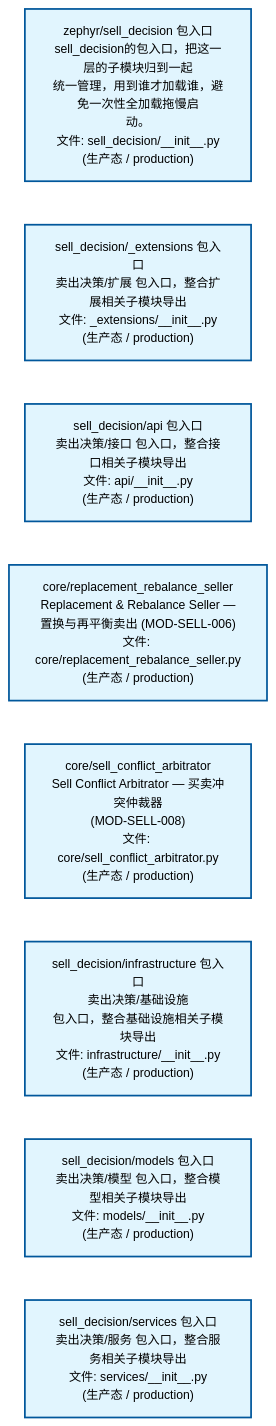
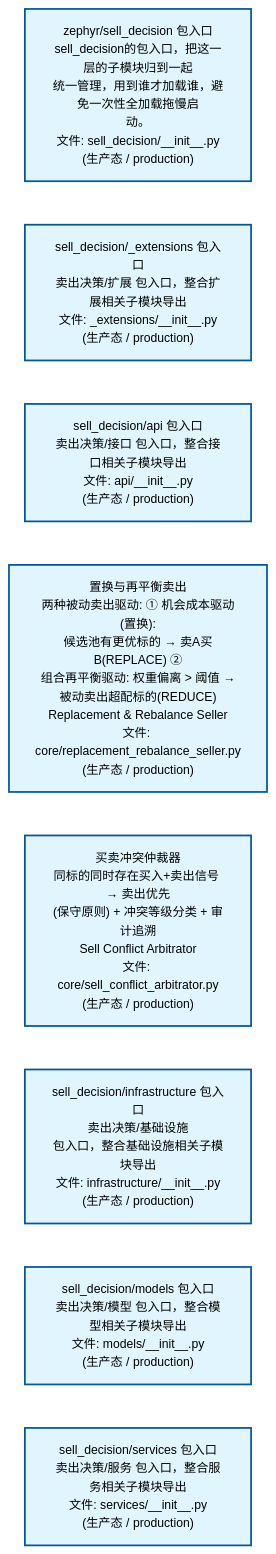
The second of 4 diagrams in docs/02_enterprise_architecture/02_domain_architecture_docs/67_d_sell_decision.md (xuanFelixVan/ZephyrAlpha), drawn with Mermaid before and after one commit. The commit also changed other lines of this file and 46 other files, not shown here.

````diff
--- a/docs/02_enterprise_architecture/02_domain_architecture_docs/67_d_sell_decision.md
+++ b/docs/02_enterprise_architecture/02_domain_architecture_docs/67_d_sell_decision.md
@@ -134,24 +134,24 @@
 ```mermaid
 %%{init: {'theme': 'base', 'themeVariables': {'primaryColor': '#eaeaea', 'primaryTextColor': '#333333', 'primaryBorderColor': '#666666', 'lineColor': '#666666', 'secondaryColor': '#eaeaea', 'tertiaryColor': '#eaeaea', 'fontSize': '14px'}}}%%
 flowchart TD
     src_zephyr_sell_decision_init_py["zephyr/sell_decision 包入口<br/>sell_decision的包入口，把这一层的子模块归到一起<br/>统一管理，用到谁才加载谁，避免一次性全加载拖慢启<br/>动。<br/>文件: sell_decision/__init__.py<br/>(生产态 / production)"]
     src_zephyr_sell_decision_extensions_init_py["sell_decision/_extensions 包入口<br/>卖出决策/扩展 包入口，整合扩展相关子模块导出<br/>文件: _extensions/__init__.py<br/>(生产态 / production)"]
     src_zephyr_sell_decision_api_init_py["sell_decision/api 包入口<br/>卖出决策/接口 包入口，整合接口相关子模块导出<br/>文件: api/__init__.py<br/>(生产态 / production)"]
-    src_zephyr_sell_decision_core_replacement_rebalance_seller_py["core/replacement_rebalance_seller<br/>Replacement & Rebalance Seller —<br/>置换与再平衡卖出 (MOD-SELL-006)<br/>文件: core/replacement_rebalance_seller.py<br/>(生产态 / production)"]
-    src_zephyr_sell_decision_core_sell_conflict_arbitrator_py["core/sell_conflict_arbitrator<br/>Sell Conflict Arbitrator — 买卖冲突仲裁器<br/>(MOD-SELL-008)<br/>文件: core/sell_conflict_arbitrator.py<br/>(生产态 / production)"]
+    src_zephyr_sell_decision_core_replacement_rebalance_seller_py["置换与再平衡卖出<br/>两种被动卖出驱动: ① 机会成本驱动(置换):<br/>候选池有更优标的 → 卖A买B(REPLACE) ②<br/>组合再平衡驱动: 权重偏离 > 阈值 →<br/>被动卖出超配标的(REDUCE)<br/>Replacement & Rebalance Seller<br/>文件: core/replacement_rebalance_seller.py<br/>(生产态 / production)"]
+    src_zephyr_sell_decision_core_sell_conflict_arbitrator_py["买卖冲突仲裁器<br/>同标的同时存在买入+卖出信号 → 卖出优先<br/>(保守原则) + 冲突等级分类 + 审计追溯<br/>Sell Conflict Arbitrator<br/>文件: core/sell_conflict_arbitrator.py<br/>(生产态 / production)"]
     src_zephyr_sell_decision_infrastructure_init_py["sell_decision/infrastructure 包入口<br/>卖出决策/基础设施<br/>包入口，整合基础设施相关子模块导出<br/>文件: infrastructure/__init__.py<br/>(生产态 / production)"]
     src_zephyr_sell_decision_models_init_py["sell_decision/models 包入口<br/>卖出决策/模型 包入口，整合模型相关子模块导出<br/>文件: models/__init__.py<br/>(生产态 / production)"]
     src_zephyr_sell_decision_services_init_py["sell_decision/services 包入口<br/>卖出决策/服务 包入口，整合服务相关子模块导出<br/>文件: services/__init__.py<br/>(生产态 / production)"]
     src_zephyr_sell_decision_init_py ~~~ src_zephyr_sell_decision_extensions_init_py
     src_zephyr_sell_decision_extensions_init_py ~~~ src_zephyr_sell_decision_api_init_py
     src_zephyr_sell_decision_api_init_py ~~~ src_zephyr_sell_decision_core_replacement_rebalance_seller_py
     src_zephyr_sell_decision_core_replacement_rebalance_seller_py ~~~ src_zephyr_sell_decision_core_sell_conflict_arbitrator_py
     src_zephyr_sell_decision_core_sell_conflict_arbitrator_py ~~~ src_zephyr_sell_decision_infrastructure_init_py
     src_zephyr_sell_decision_infrastructure_init_py ~~~ src_zephyr_sell_decision_models_init_py
     src_zephyr_sell_decision_models_init_py ~~~ src_zephyr_sell_decision_services_init_py
     classDef production fill:#e1f5fe,stroke:#01579b,stroke-width:2px,color:#000
     classDef design fill:#fff3e0,stroke:#e65100,stroke-width:2px,color:#000,stroke-dasharray: 5 5
     classDef external_prod fill:#e8f4fd,stroke:#0277bd,stroke-width:1px,color:#000
     classDef external_design fill:#fff8e7,stroke:#ef6c00,stroke-width:1px,color:#000,stroke-dasharray: 5 5
     class src_zephyr_sell_decision_init_py,src_zephyr_sell_decision_extensions_init_py,src_zephyr_sell_decision_api_init_py,src_zephyr_sell_decision_core_replacement_rebalance_seller_py,src_zephyr_sell_decision_core_sell_conflict_arbitrator_py,src_zephyr_sell_decision_infrastructure_init_py,src_zephyr_sell_decision_models_init_py,src_zephyr_sell_decision_services_init_py production
 ```
````
